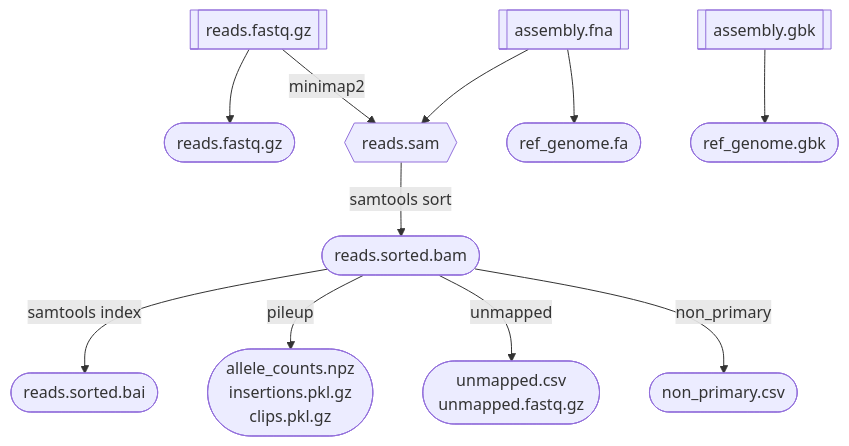
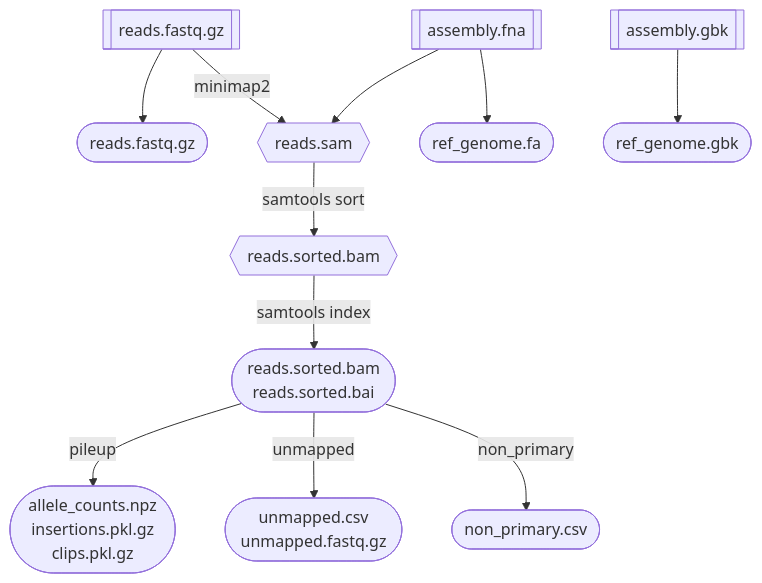
The second of 2 diagrams in notes/pipeline_description.md (mmolari/morbidostat-genome-analysis), drawn with Mermaid before and after one commit. The commit also changed 2 other files, not shown here.

Commit message:
fix: pass indexed reads to analysis

````diff
--- a/notes/pipeline_description.md
+++ b/notes/pipeline_description.md
@@ -29,35 +29,37 @@
 ```mermaid
 flowchart TB
     Agbk[["assembly.gbk"]]
     Afa[["assembly.fna"]]
     R[["reads.fastq.gz"]]
     
     R --> Rout
 
     Sam{{"reads.sam"}}
-    Bam(["reads.sorted.bam"])
-    Bai(["reads.sorted.bai"])
+    Bam{{"reads.sorted.bam"}}
+    Bai(["reads.sorted.bam
+    reads.sorted.bai"])
 
     Ggbk(["ref_genome.gbk"])
     Gfa(["ref_genome.fa"])
     Rout(["reads.fastq.gz"])
 
     PP(["allele_counts.npz
         insertions.pkl.gz
         clips.pkl.gz"])
     Pum(["unmapped.csv
         unmapped.fastq.gz"])
     Pss(["non_primary.csv"])
 
     Afa --> Sam
     R --> |"minimap2"| Sam
 
     Afa --> Gfa
     Agbk --> Ggbk
 
     Sam --> |"samtools sort"| Bam
     Bam --> |"samtools index"| Bai
-    Bam --> |"pileup"| PP
-    Bam --> |"unmapped"| Pum
-    Bam --> |"non_primary"| Pss
+
+    Bai --> |"pileup"| PP
+    Bai --> |"unmapped"| Pum
+    Bai --> |"non_primary"| Pss
 ```
````
